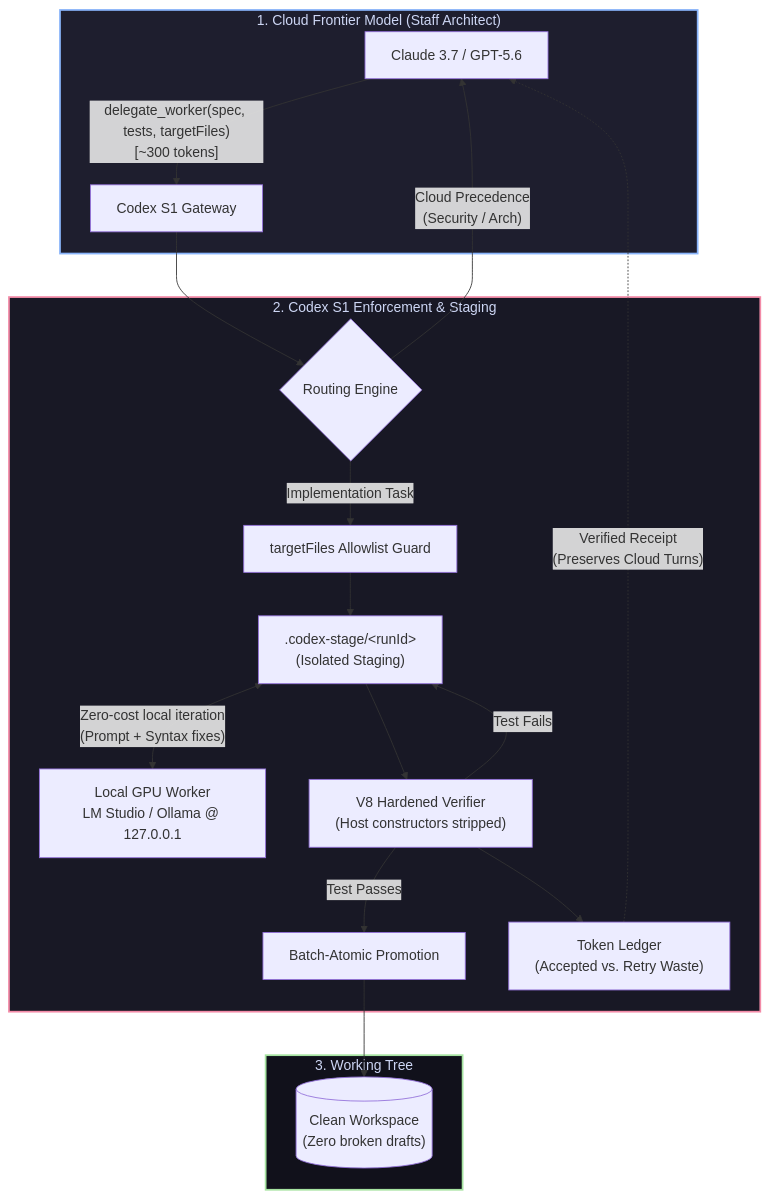
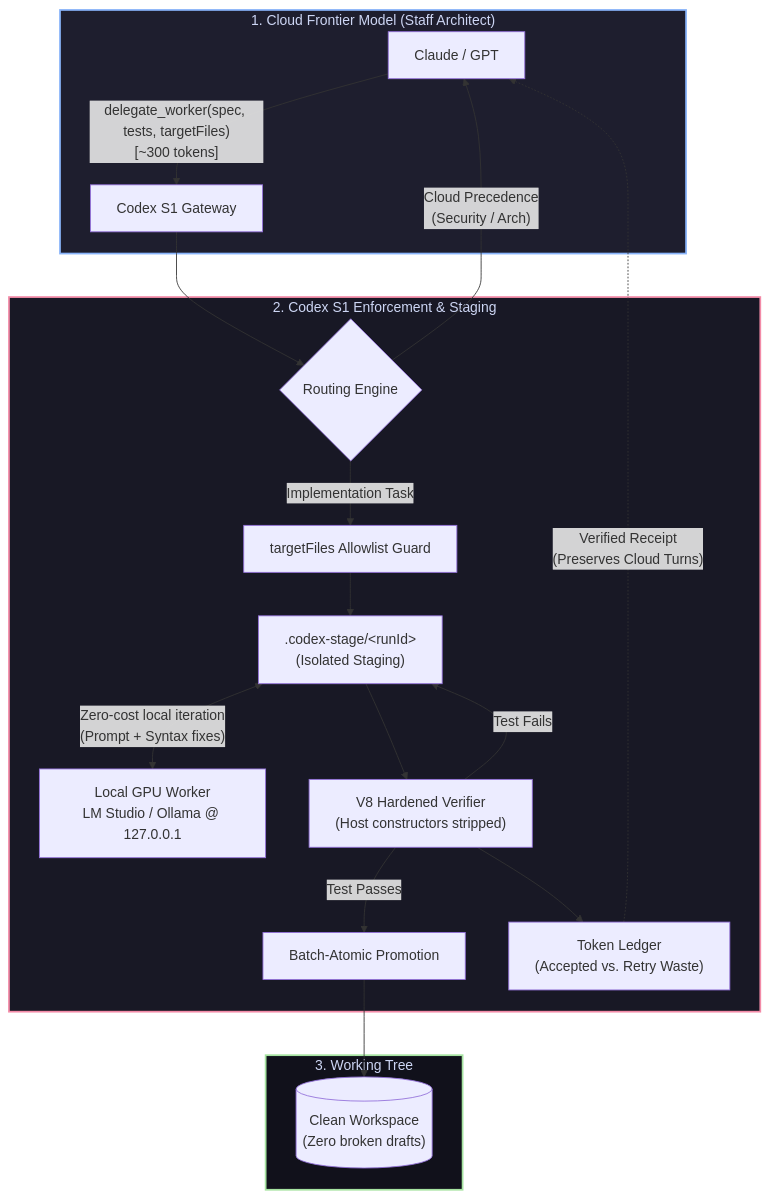
Before and after one commit to jjmlovesgit/codex-s1: the diagram in README.md, drawn with Mermaid. The commit also changed other lines of this file, not shown here.

````diff
--- a/README.md
+++ b/README.md
@@ -74,31 +89,31 @@
 ```mermaid
 flowchart TD
     subgraph Cloud ["1. Cloud Frontier Model (Staff Architect)"]
-        A["Claude 3.7 / GPT-5.6"] -->|"delegate_worker(spec, tests, targetFiles)<br/>[~300 tokens]"| B["Codex S1 Gateway"]
+        A["Claude / GPT"] -->|"delegate_worker(spec, tests, targetFiles)<br/>[~300 tokens]"| B["Codex S1 Gateway"]
     end
 
     subgraph Gateway ["2. Codex S1 Enforcement & Staging"]
         B --> C{"Routing Engine"}
         C -->|"Cloud Precedence<br/>(Security / Arch)"| A
         C -->|"Implementation Task"| D["targetFiles Allowlist Guard"]
         D --> E[".codex-stage/&lt;runId&gt;<br/>(Isolated Staging)"]
         
         E <-->|"Zero-cost local iteration<br/>(Prompt + Syntax fixes)"| F["Local GPU Worker<br/>LM Studio / Ollama @ 127.0.0.1"]
         
         E --> G["V8 Hardened Verifier<br/>(Host constructors stripped)"]
         G -- "Test Fails" --> E
         G -- "Test Passes" --> H["Batch-Atomic Promotion"]
         
         G --> I["Token Ledger<br/>(Accepted vs. Retry Waste)"]
     end
 
     subgraph Disk ["3. Working Tree"]
         H --> J[("Clean Workspace<br/>(Zero broken drafts)")]
     end
 
     I -.->|"Verified Receipt<br/>(Preserves Cloud Turns)"| A
 
     style Cloud fill:#1e1e2e,stroke:#89b4fa,stroke-width:2px,color:#cdd6f4
     style Gateway fill:#181825,stroke:#f38ba8,stroke-width:2px,color:#cdd6f4
     style Disk fill:#11111b,stroke:#a6e3a1,stroke-width:2px,color:#cdd6f4
 ```
````
